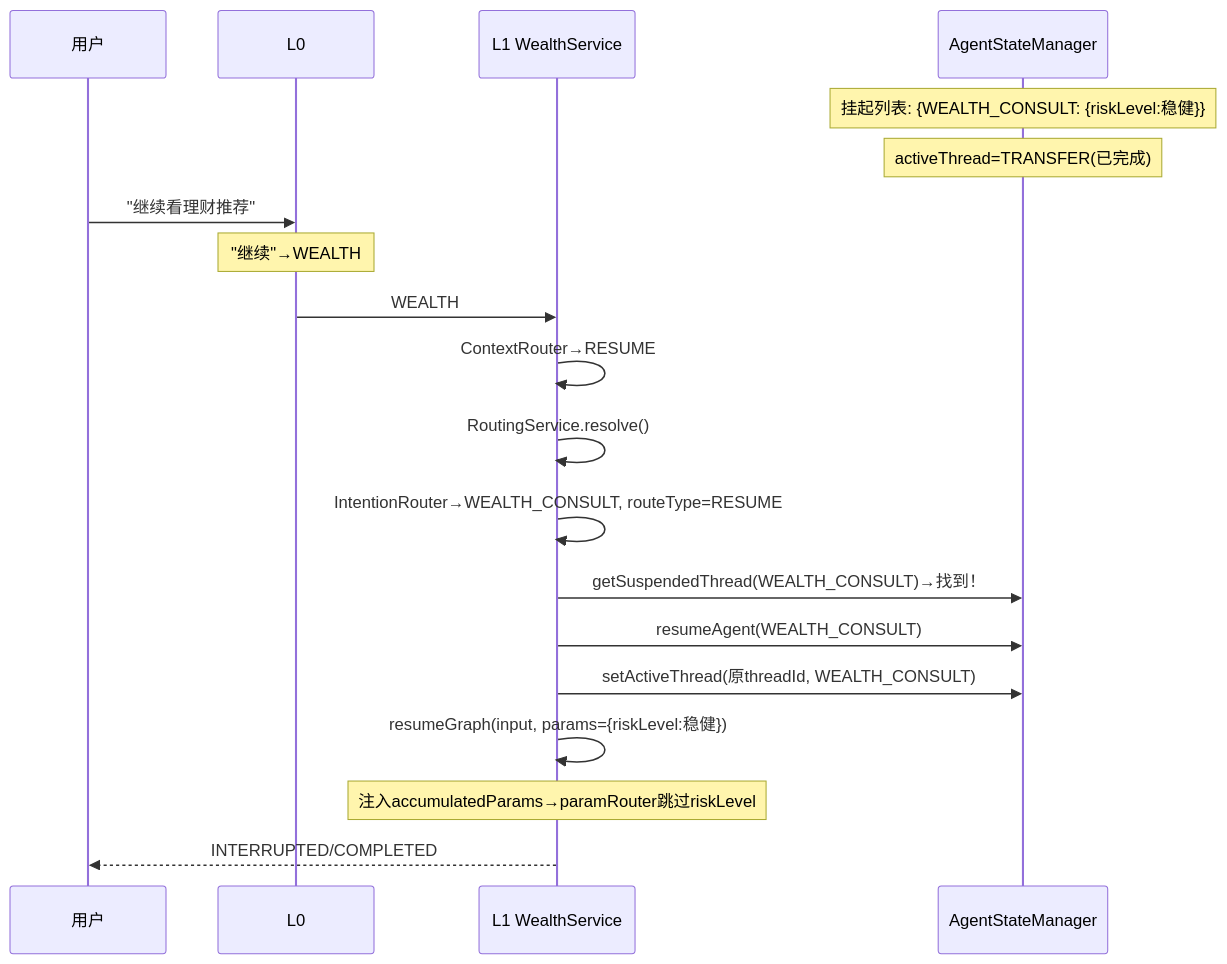
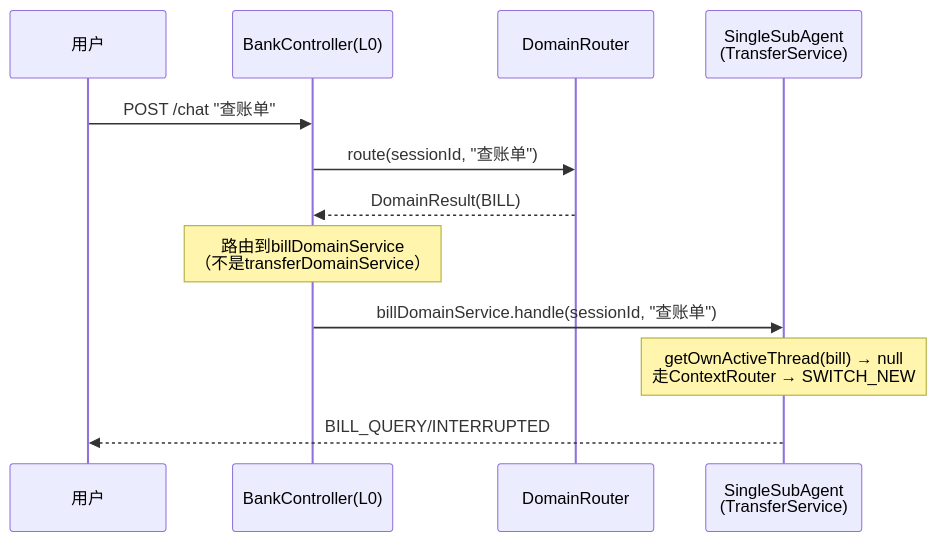
One commit to michael-lin-45/mobile-ai-bank-demo---workbuddy changed the eighth of 17 diagrams in ARCHITECTURE-FULL.md. Above: the diagram before and after it, drawn with Mermaid. The commit also changed other lines of this file and 9 other files, not shown here.

````diff
--- a/ARCHITECTURE-FULL.md
+++ b/ARCHITECTURE-FULL.md
@@ -576,23 +566,15 @@
 ```mermaid
 sequenceDiagram
     participant U as 用户
-    participant L0 as L0
-    participant WS as L1 WealthService
-    participant SM as AgentStateManager
-    
-    Note over SM: 挂起列表: {WEALTH_CONSULT: {riskLevel:稳健}}
-    Note over SM: activeThread=TRANSFER(已完成)
-    
-    U->>L0: "继续看理财推荐"
-    Note over L0: "继续"→WEALTH
-    L0->>WS: WEALTH
-    WS->>WS: ContextRouter→RESUME
-    WS->>WS: RoutingService.resolve()
-    WS->>WS: IntentionRouter→WEALTH_CONSULT, routeType=RESUME
-    WS->>SM: getSuspendedThread(WEALTH_CONSULT)→找到！
-    WS->>SM: resumeAgent(WEALTH_CONSULT)
-    WS->>SM: setActiveThread(原threadId, WEALTH_CONSULT)
-    WS->>WS: resumeGraph(input, params={riskLevel:稳健})
-    Note over WS: 注入accumulatedParams→paramRouter跳过riskLevel
-    WS-->>U: INTERRUPTED/COMPLETED
+    participant BC as BankController(L0)
+    participant DR as DomainRouter
+    participant SSAD as SingleSubAgent<br/>(TransferService)
+
+    U->>BC: POST /chat "查账单"
+    BC->>DR: route(sessionId, "查账单")
+    DR-->>BC: DomainResult(BILL)
+    Note over BC: 路由到billDomainService<br/>（不是transferDomainService）
+    BC->>SSAD: billDomainService.handle(sessionId, "查账单")
+    Note over SSAD: getOwnActiveThread(bill) → null<br/>走ContextRouter → SWITCH_NEW
+    SSAD-->>U: BILL_QUERY/INTERRUPTED
 ```
````
